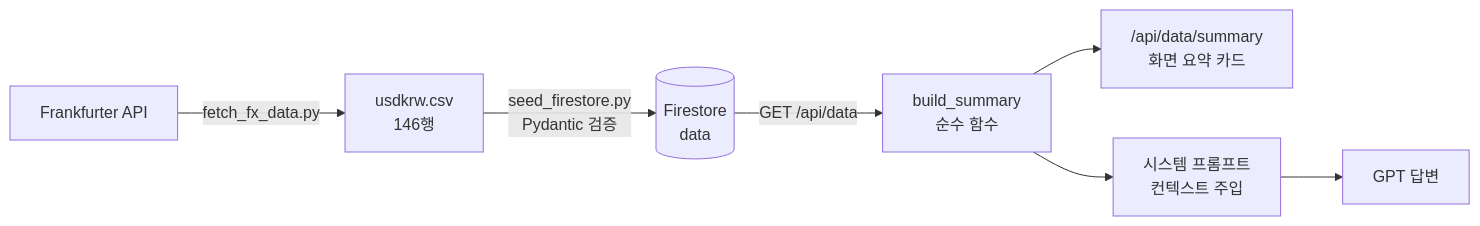
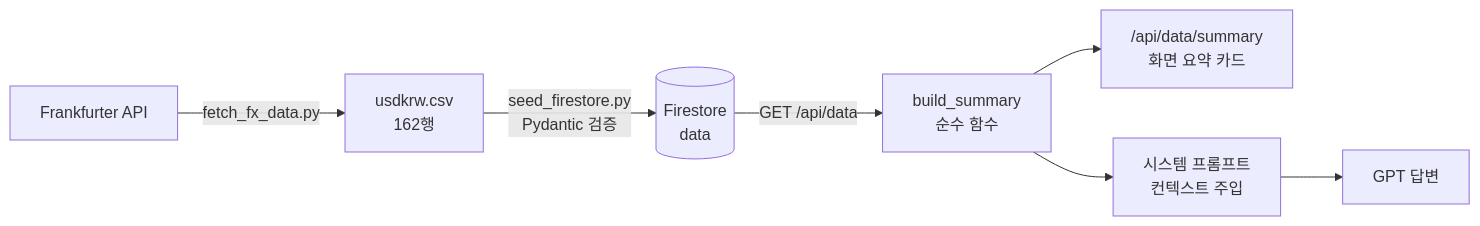
The first of 2 diagrams in README.md (dinf7605/AI_Native_Master_M1_2), drawn with Mermaid before and after one commit. The commit also changed other lines of this file and 7 other files, not shown here.

````diff
--- a/README.md
+++ b/README.md
@@ -276,9 +276,9 @@
 ```mermaid
 flowchart LR
-    A[Frankfurter API] -->|fetch_fx_data.py| B[usdkrw.csv<br/>146행]
+    A[Frankfurter API] -->|fetch_fx_data.py| B[usdkrw.csv<br/>162행]
     B -->|seed_firestore.py<br/>Pydantic 검증| C[(Firestore<br/>data)]
     C -->|GET /api/data| D[build_summary<br/>순수 함수]
     D --> E["/api/data/summary<br/>화면 요약 카드"]
     D --> F[시스템 프롬프트<br/>컨텍스트 주입]
     F --> G[GPT 답변]
 ```
````
